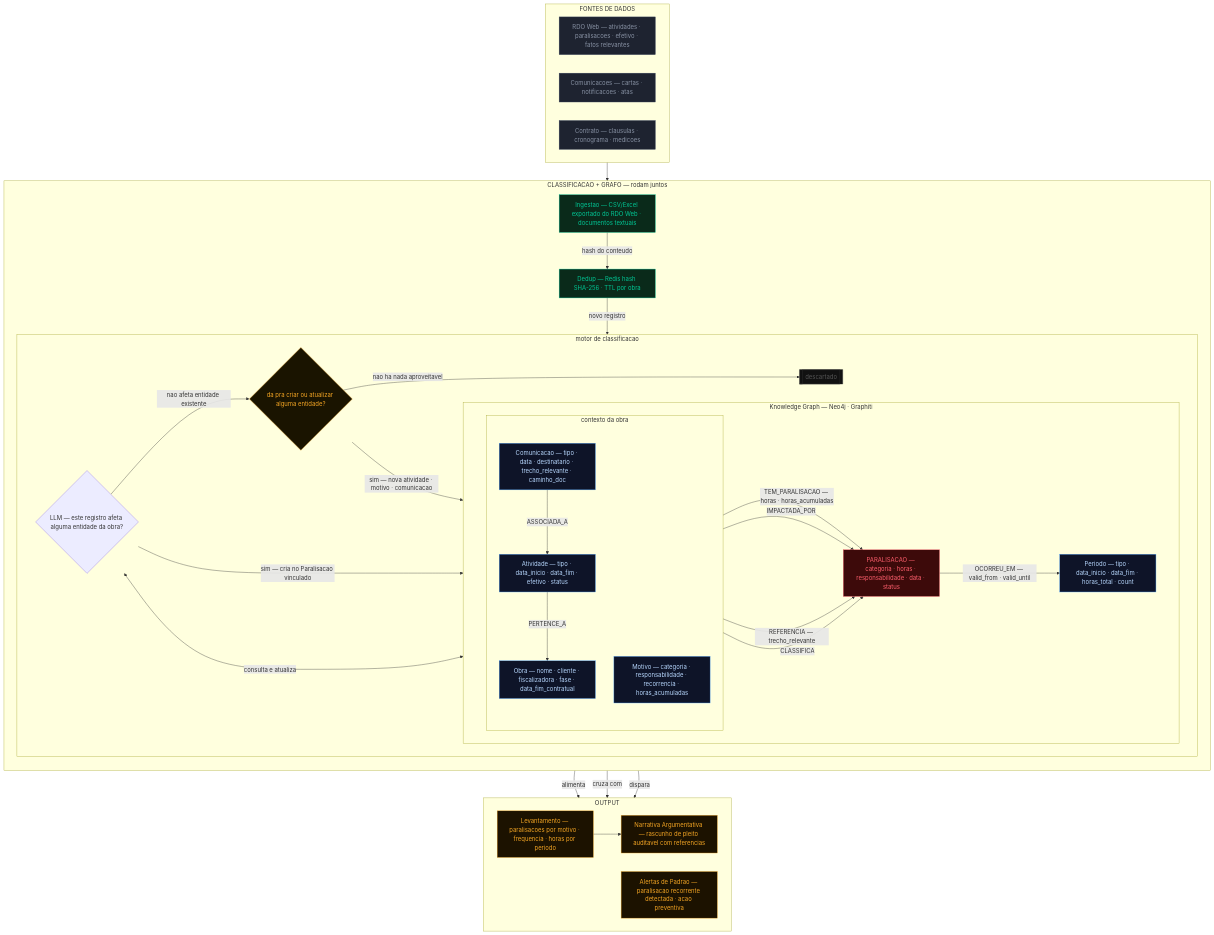
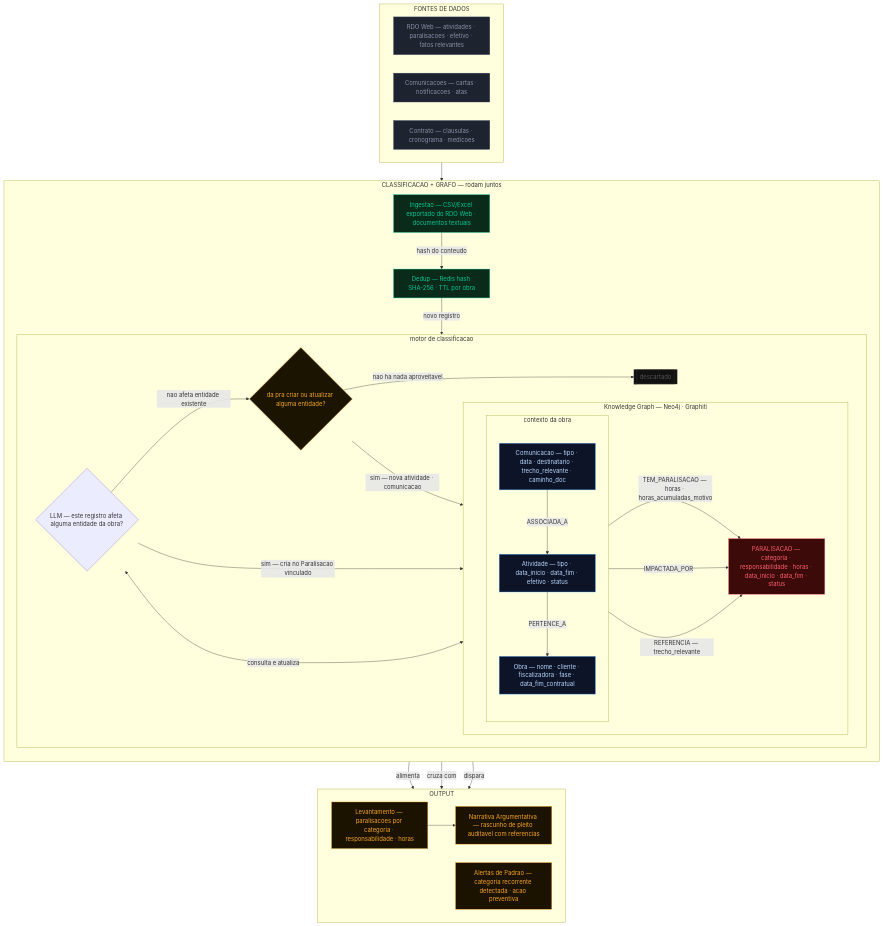
The diagram in README.md (FeLisak/segundo-cerebro-obra), drawn with Mermaid before and after one commit. The commit also changed other lines of this file, not shown here.

```diff
--- a/README.md
+++ b/README.md
@@ -35,25 +35,20 @@
                     E1["Obra — nome · cliente · fiscalizadora · fase · data_fim_contratual"]
                     E2["Atividade — tipo · data_inicio · data_fim · efetivo · status"]
                     E3["Comunicacao — tipo · data · destinatario · trecho_relevante · caminho_doc"]
-                    E5["Motivo — categoria · responsabilidade · recorrencia · horas_acumuladas"]
                     E2 -->|PERTENCE_A| E1
                     E3 -->|ASSOCIADA_A| E2
                 end
 
-                E4["PARALISACAO — categoria · horas · responsabilidade · data · status"]
+                E4["PARALISACAO — categoria · responsabilidade · horas · data_inicio · data_fim · status"]
 
-                E6["Periodo — tipo · data_inicio · data_fim · horas_total · count"]
-
-                E1 -->|TEM_PARALISACAO — horas · horas_acumuladas| E4
+                E1 -->|TEM_PARALISACAO — horas · horas_acumuladas_motivo| E4
                 E2 -->|IMPACTADA_POR| E4
                 E3 -->|REFERENCIA — trecho_relevante| E4
-                E5 -->|CLASSIFICA| E4
-                E4 -->|OCORREU_EM — valid_from · valid_until| E6
             end
 
             LLM -->|sim — cria no Paralisacao vinculado| KG
             LLM -->|nao afeta entidade existente| CRIAR
-            CRIAR -->|sim — nova atividade · motivo · comunicacao| KG
+            CRIAR -->|sim — nova atividade · comunicacao| KG
             CRIAR -->|nao ha nada aproveitavel| DESCARTE[["descartado"]]
             LLM <-->|consulta e atualiza| KG
         end
@@ -64,9 +59,9 @@
 
     subgraph OUTPUT["OUTPUT"]
         direction LR
-        O1["Levantamento — paralisacoes por motivo · frequencia · horas por periodo"]
+        O1["Levantamento — paralisacoes por categoria · responsabilidade · horas"]
         O2["Narrativa Argumentativa — rascunho de pleito auditavel com referencias"]
-        O3["Alertas de Padrao — paralisacao recorrente detectada · acao preventiva"]
+        O3["Alertas de Padrao — categoria recorrente detectada · acao preventiva"]
     end
 
     FONTES --> P1
@@ -85,7 +80,7 @@
 
     class F1,F2,F3 fonte
     class P1,P2 pipeline
-    class E1,E2,E3,E5,E6 entity
+    class E1,E2,E3 entity
     class E4 risco
     class O1,O2,O3 output
     class DESCARTE descarte
```
